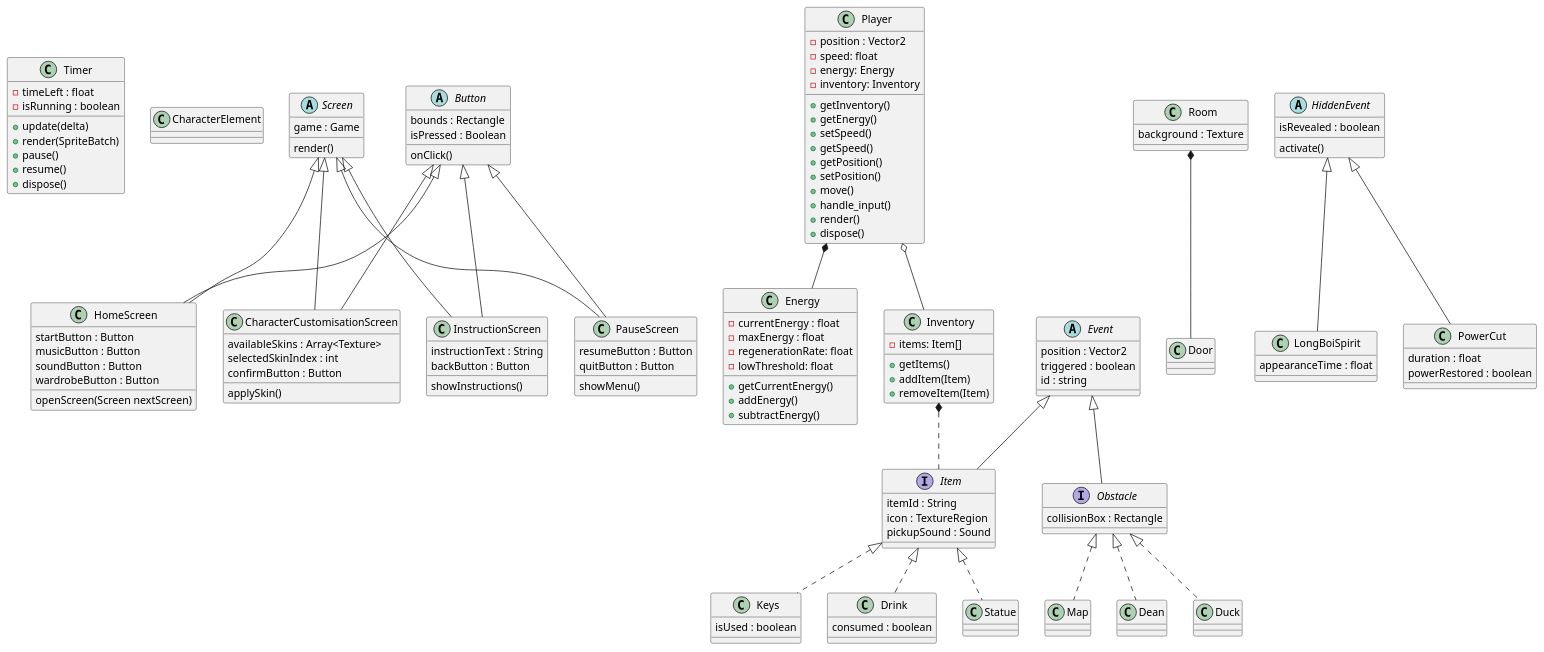
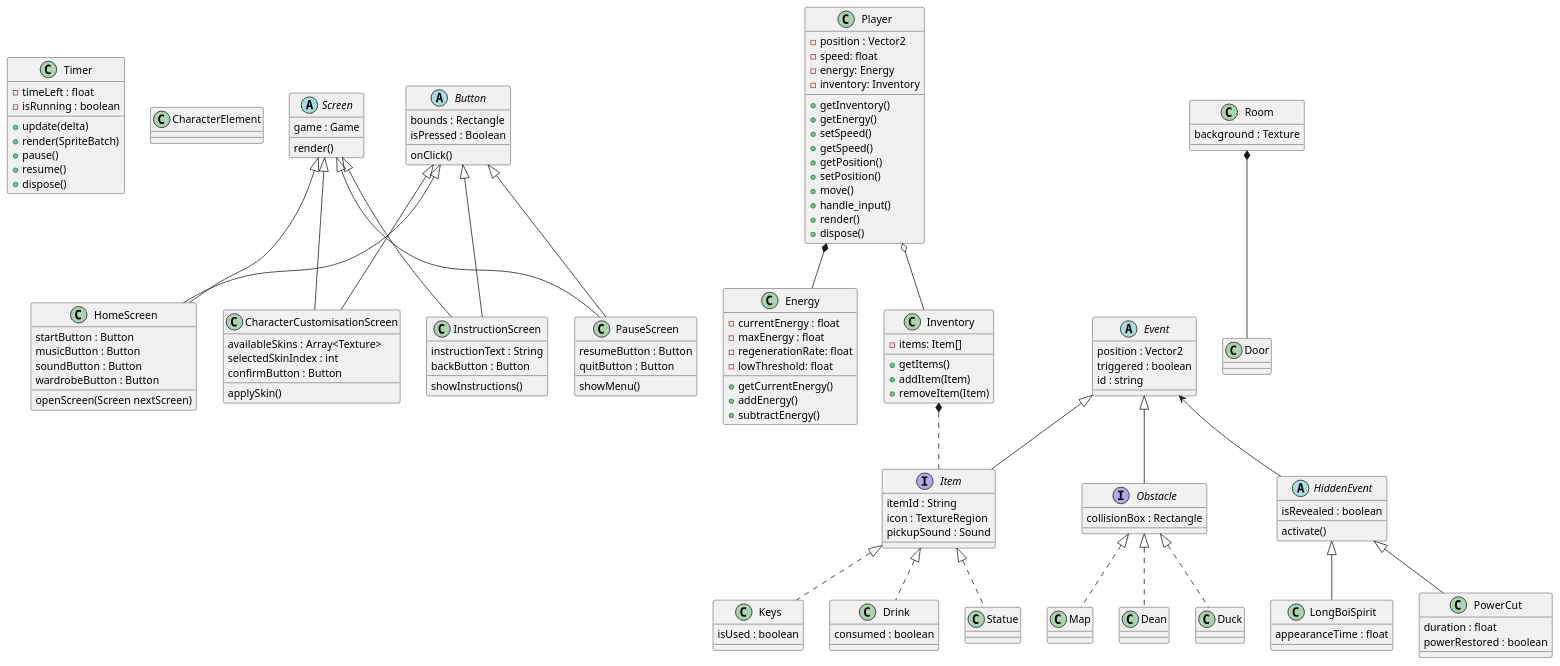
The diagram in Architecture/classDiagram.puml (WHALES-ENG1/WHALES-Assets), drawn with PlantUML before and after one commit.

Commit message:
Hidden Events extend Events

```diff
--- a/Architecture/classDiagram.puml
+++ b/Architecture/classDiagram.puml
@@ -1,170 +1,172 @@
 @startuml classDiagram
 
 'Misc
 
 'Is this a screen?
 class Timer {
     -timeLeft : float
     -isRunning : boolean
     +update(delta)
     +render(SpriteBatch)
     +pause()
     +resume()
     +dispose()
 }
 
 'What is this
 class CharacterElement
 
 'Screen
 abstract class Screen {
     game : Game
     render()
 }
 
 class InstructionScreen {
     instructionText : String
     backButton : Button
     showInstructions()
 }
 
 class PauseScreen {
     resumeButton : Button
     quitButton : Button
     showMenu()
 }
 
 class HomeScreen {
     startButton : Button
     musicButton : Button
     soundButton : Button
     wardrobeButton : Button
     openScreen(Screen nextScreen)
 }
 
 class CharacterCustomisationScreen {
    availableSkins : Array<Texture>
    selectedSkinIndex : int
    confirmButton : Button
    applySkin()
 }
 
 Screen <|-- InstructionScreen
 Button <|-- InstructionScreen
 
 Button <|-- PauseScreen
 Screen <|-- PauseScreen
 
 Button <|-- HomeScreen
 Screen <|-- HomeScreen
 
 Button <|-- CharacterCustomisationScreen
 Screen <|-- CharacterCustomisationScreen
 
 'Button
 abstract class Button {
     bounds : Rectangle
     isPressed : Boolean
     onClick()
 }
 
 class Player {
     -position : Vector2
     -speed: float
     -energy: Energy
     -inventory: Inventory
     +getInventory()
     +getEnergy()
     +setSpeed()
     +getSpeed()
     +getPosition()
     +setPosition()
     +move()
     +handle_input()
     +render()
     +dispose()
 }
 
 class Energy {
     -currentEnergy : float
     -maxEnergy : float
     -regenerationRate: float
     -lowThreshold: float
     +getCurrentEnergy()
     +addEnergy()
     +subtractEnergy()
 }
 
 Player *-- Energy
 
 class Inventory {
     - items: Item[]
     + getItems()
     + addItem(Item)
     + removeItem(Item)
 }
 
 Inventory *.. Item
 Player o-- Inventory
 
 
 'Room
 class Room {
     background : Texture
 }
 
 Room *-- Door
 
 'Event
 abstract class Event {
     position : Vector2
     triggered : boolean
     id : string
 }
 
 interface Item {
     itemId : String
     icon : TextureRegion
     pickupSound : Sound
 }
 
 interface Obstacle {
     collisionBox : Rectangle
 }
 
 class Keys {
     isUsed : boolean
 }
 
 class Drink {
     consumed : boolean
 }
 
 Event <|-- Item
 Event <|-- Obstacle
 Obstacle <|.. Map
 Obstacle <|.. Dean
 Obstacle <|.. Duck
 Item <|.. Keys
 Item <|.. Drink
 Item <|.. Statue
 
 'Hidden Event
 abstract class HiddenEvent {
     isRevealed : boolean
     activate()
 }
 
+Event <-- HiddenEvent
+
 class LongBoiSpirit {
     appearanceTime : float
 }
 
 class PowerCut {
     duration : float
     powerRestored : boolean
 }
 
 HiddenEvent <|-- LongBoiSpirit
 HiddenEvent <|-- PowerCut
 
 @enduml
```
